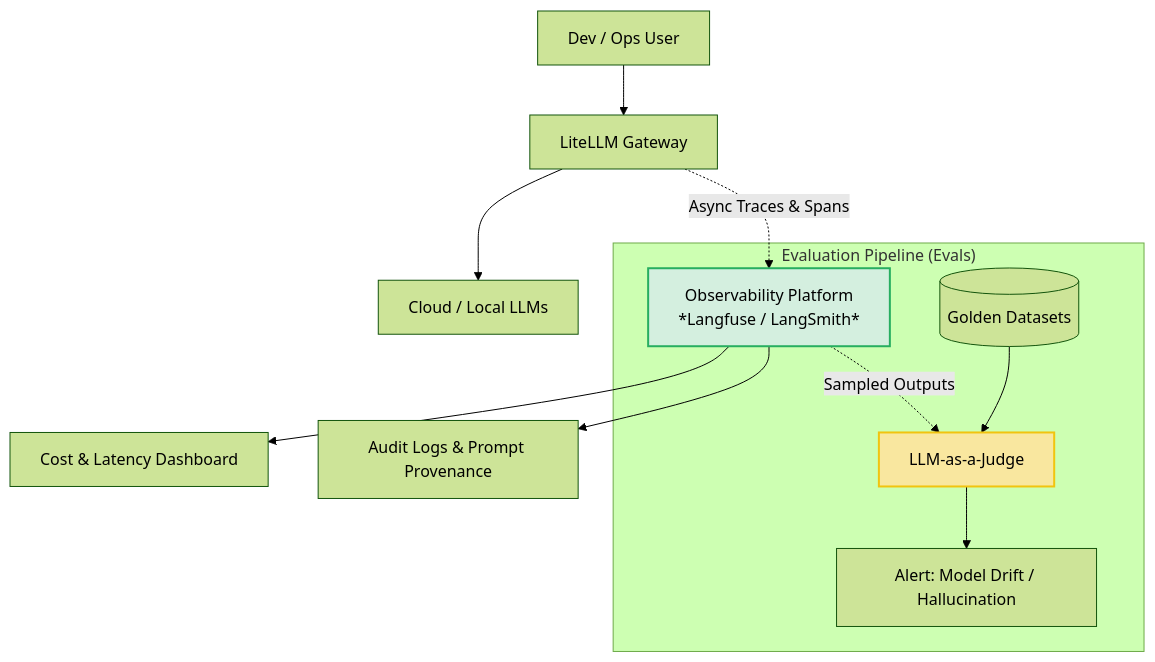
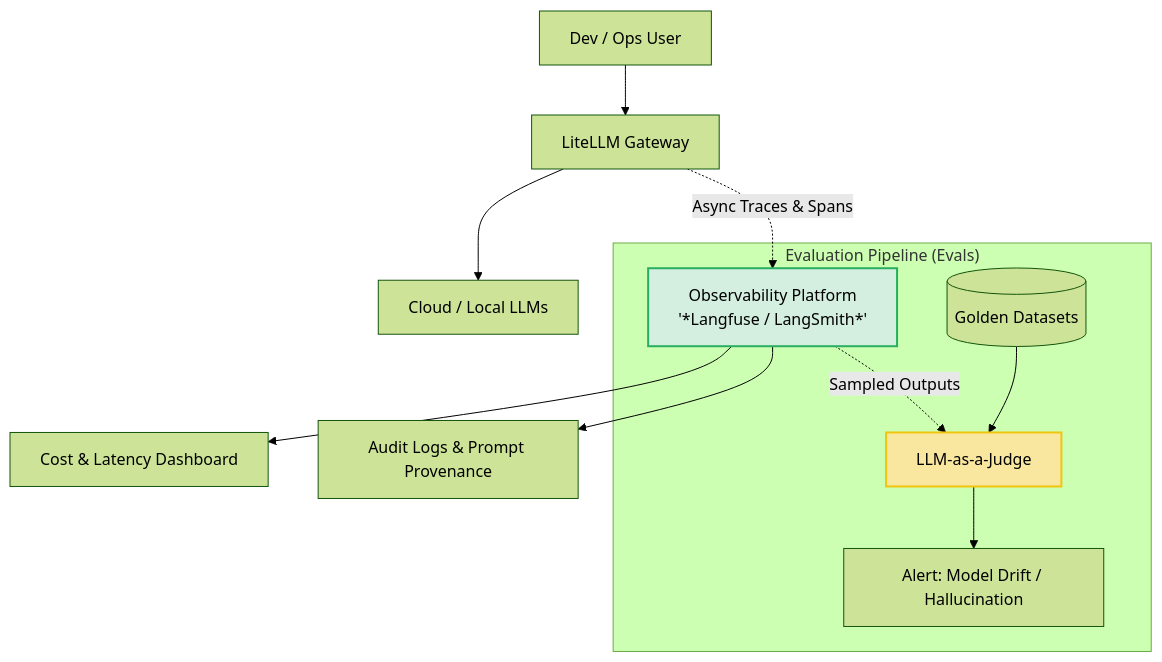
One commit to vesviet/vesviet changed the first of 3 diagrams in content/series/ai-driven-playbook/part-6-ai-observability-governance.md. Above: the diagram before and after it, drawn with Mermaid (forest theme). The commit also changed other lines of this file and 280 other files, not shown here.

````diff
--- a/content/series/ai-driven-playbook/part-6-ai-observability-governance.md
+++ b/content/series/ai-driven-playbook/part-6-ai-observability-governance.md
@@ -46,19 +50,19 @@
 ```mermaid
 graph TD
-    User[Dev / Ops User] --> Gateway[LiteLLM Gateway]
-    Gateway --> LLM[Cloud / Local LLMs]
+    User["Dev / Ops User"] --> Gateway[LiteLLM Gateway]
+    Gateway --> LLM["Cloud / Local LLMs"]
     
-    Gateway -.->|Async Traces & Spans| Telemetry[Observability Platform<br>*Langfuse / LangSmith*]
+    Gateway -.->|Async Traces & Spans| Telemetry["Observability Platform<br/>'*Langfuse / LangSmith*'"]
     
-    Telemetry --> Dash1[Cost & Latency Dashboard]
-    Telemetry --> Audit[Audit Logs & Prompt Provenance]
+    Telemetry --> Dash1["Cost & Latency Dashboard"]
+    Telemetry --> Audit["Audit Logs & Prompt Provenance"]
     
     subgraph "Evaluation Pipeline (Evals)"
         Telemetry -.->|Sampled Outputs| Judge[LLM-as-a-Judge]
-        Dataset[(Golden Datasets)] --> Judge
-        Judge --> Drift[Alert: Model Drift / Hallucination]
+        Dataset[("Golden Datasets")] --> Judge
+        Judge --> Drift["Alert: Model Drift / Hallucination"]
     end
 
     style Telemetry fill:#d4efdf,stroke:#27ae60,stroke-width:2px
     style Judge fill:#f9e79f,stroke:#f1c40f,stroke-width:2px
 ```
````
